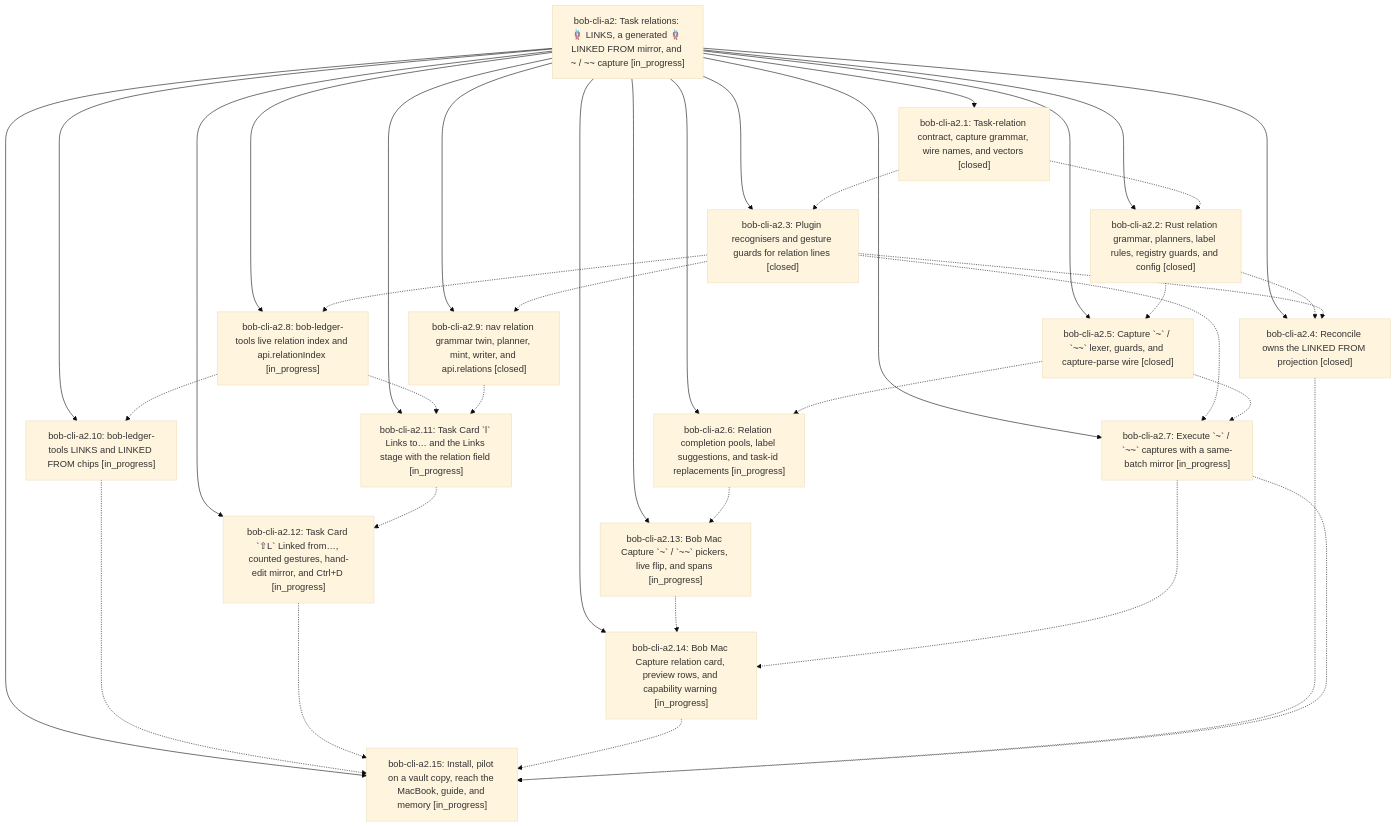
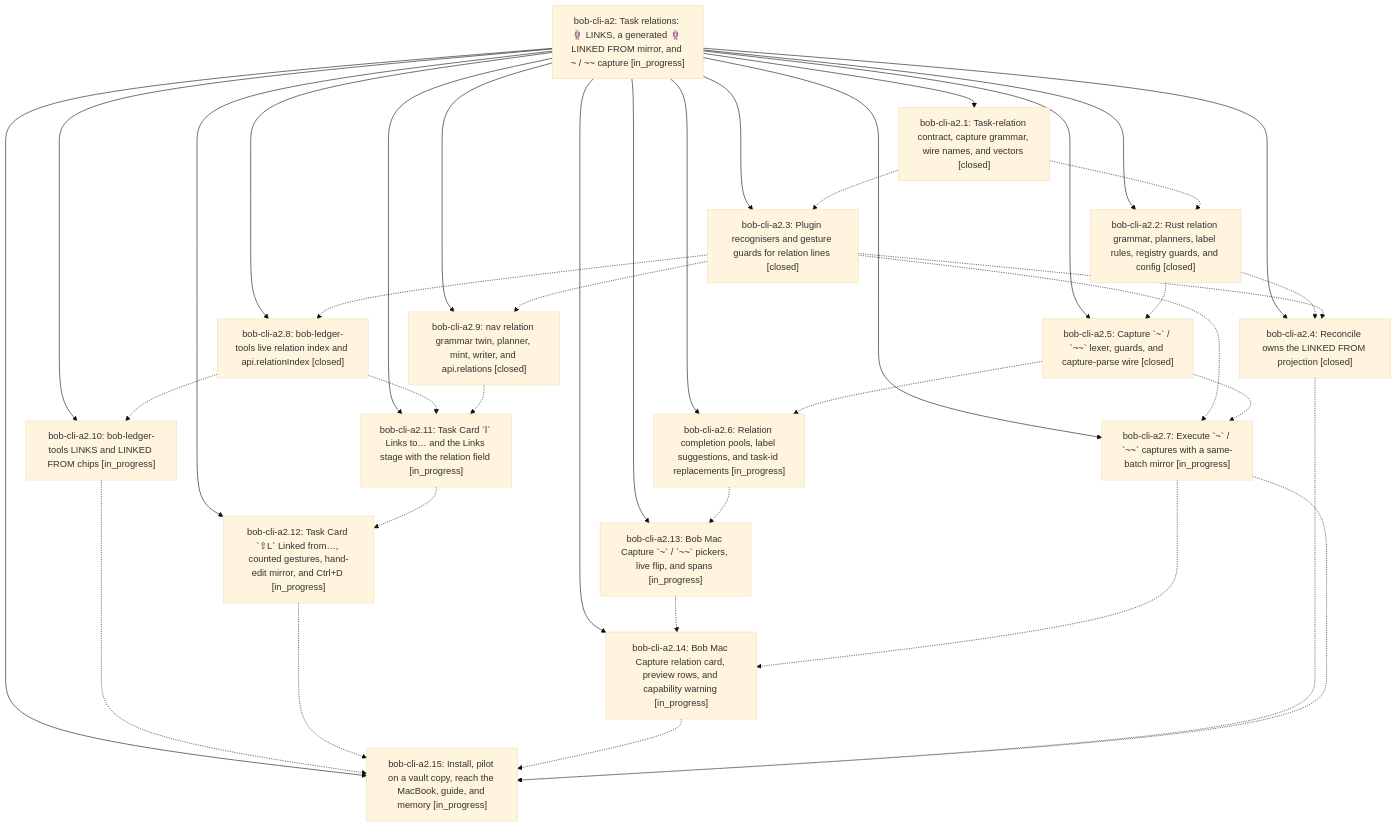
Before and after one commit to bobs-org/bob-cli--beads: the diagram in pages/bob-cli-a2/README.md, drawn with Mermaid (base theme). The commit also changed other lines of this file and 7 other files, not shown here.

First line of the commit message:
chore(beads): sync bead state and pages for bob-cli-a2

````diff
--- a/pages/bob-cli-a2/README.md
+++ b/pages/bob-cli-a2/README.md
@@ -50,56 +50,56 @@
 ```mermaid
 flowchart TD
     n0["bob-cli-a2: Task relations: 🪢 LINKS, a generated 🪢 LINKED FROM mirror, and ~ / ~~ capture [in_progress]"]
     n1["bob-cli-a2.1: Task-relation contract, capture grammar, wire names, and vectors [closed]"]
     n2["bob-cli-a2.10: bob-ledger-tools LINKS and LINKED FROM chips [in_progress]"]
     n3["bob-cli-a2.11: Task Card `l` Links to… and the Links stage with the relation field [in_progress]"]
     n4["bob-cli-a2.12: Task Card `⇧L` Linked from…, counted gestures, hand-edit mirror, and Ctrl+D [in_progress]"]
     n5["bob-cli-a2.13: Bob Mac Capture `~` / `~~` pickers, live flip, and spans [in_progress]"]
     n6["bob-cli-a2.14: Bob Mac Capture relation card, preview rows, and capability warning [in_progress]"]
     n7["bob-cli-a2.15: Install, pilot on a vault copy, reach the MacBook, guide, and memory [in_progress]"]
     n8["bob-cli-a2.2: Rust relation grammar, planners, label rules, registry guards, and config [closed]"]
     n9["bob-cli-a2.3: Plugin recognisers and gesture guards for relation lines [closed]"]
     n10["bob-cli-a2.4: Reconcile owns the LINKED FROM projection [closed]"]
     n11["bob-cli-a2.5: Capture `~` / `~~` lexer, guards, and capture-parse wire [closed]"]
     n12["bob-cli-a2.6: Relation completion pools, label suggestions, and task-id replacements [in_progress]"]
     n13["bob-cli-a2.7: Execute `~` / `~~` captures with a same-batch mirror [in_progress]"]
-    n14["bob-cli-a2.8: bob-ledger-tools live relation index and api.relationIndex [in_progress]"]
+    n14["bob-cli-a2.8: bob-ledger-tools live relation index and api.relationIndex [closed]"]
     n15["bob-cli-a2.9: nav relation grammar twin, planner, mint, writer, and api.relations [closed]"]
     n0 --> n1
     n0 --> n2
     n0 --> n3
     n0 --> n4
     n0 --> n5
     n0 --> n6
     n0 --> n7
     n0 --> n8
     n0 --> n9
     n0 --> n10
     n0 --> n11
     n0 --> n12
     n0 --> n13
     n0 --> n14
     n0 --> n15
     n1 -.-> n8
     n1 -.-> n9
     n2 -.-> n7
     n3 -.-> n4
     n4 -.-> n7
     n5 -.-> n6
     n6 -.-> n7
     n8 -.-> n10
     n8 -.-> n11
     n9 -.-> n10
     n9 -.-> n13
     n9 -.-> n14
     n9 -.-> n15
     n10 -.-> n7
     n11 -.-> n12
     n11 -.-> n13
     n12 -.-> n5
     n13 -.-> n6
     n13 -.-> n7
     n14 -.-> n2
     n14 -.-> n3
     n15 -.-> n3
 ```
````
